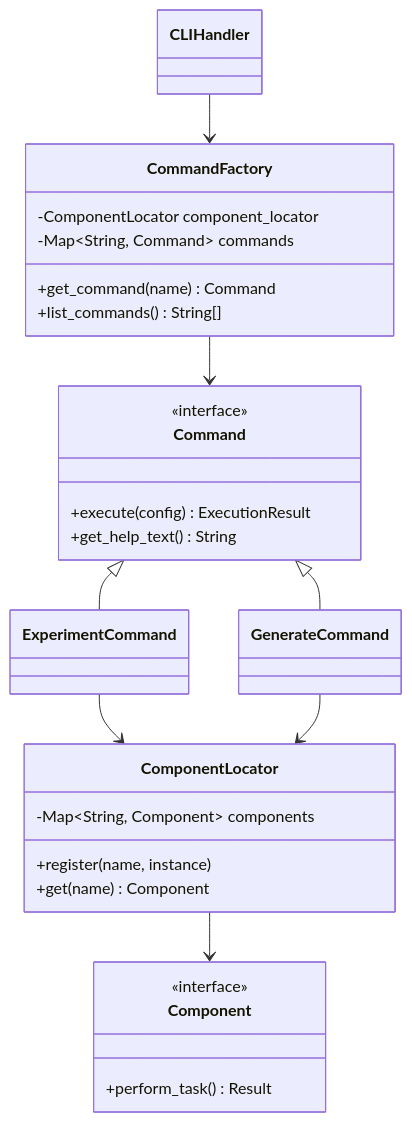
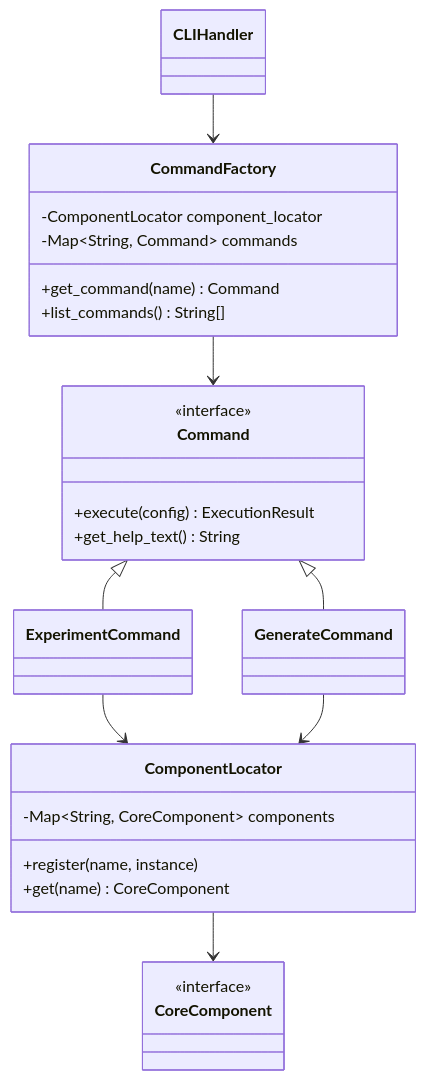
One commit to FilippoGurioli/test-2-code-llm changed the fourth of 5 diagrams in docs/design.md. Above: the diagram before and after it, drawn with Mermaid. The commit also changed other lines of this file and 2 other files, not shown here.

````diff
--- a/docs/design.md
+++ b/docs/design.md
@@ -135,38 +137,37 @@
 ```mermaid
 classDiagram
     class CommandFactory {
         -ComponentLocator component_locator
         -Map~String, Command~ commands
         +get_command(name) Command
         +list_commands() String[]
     }
     
     class Command {
         <<interface>>
         +execute(config) ExecutionResult
         +get_help_text() String
     }
     
     class GenerateCommand {}
     
     class ExperimentCommand {}
 
     class ComponentLocator {
-        -Map~String, Component~ components
+        -Map~String, CoreComponent~ components
         +register(name, instance)
-        +get(name) Component
+        +get(name) CoreComponent
     }
 
-    class Component {
+    class CoreComponent {
         <<interface>>
-        +perform_task() Result
     }
 
     CLIHandler --> CommandFactory
     CommandFactory --> Command
     Command <|-- GenerateCommand
     Command <|-- ExperimentCommand
     ExperimentCommand --> ComponentLocator
     GenerateCommand --> ComponentLocator
-    ComponentLocator --> Component
+    ComponentLocator --> CoreComponent
 ```
````
